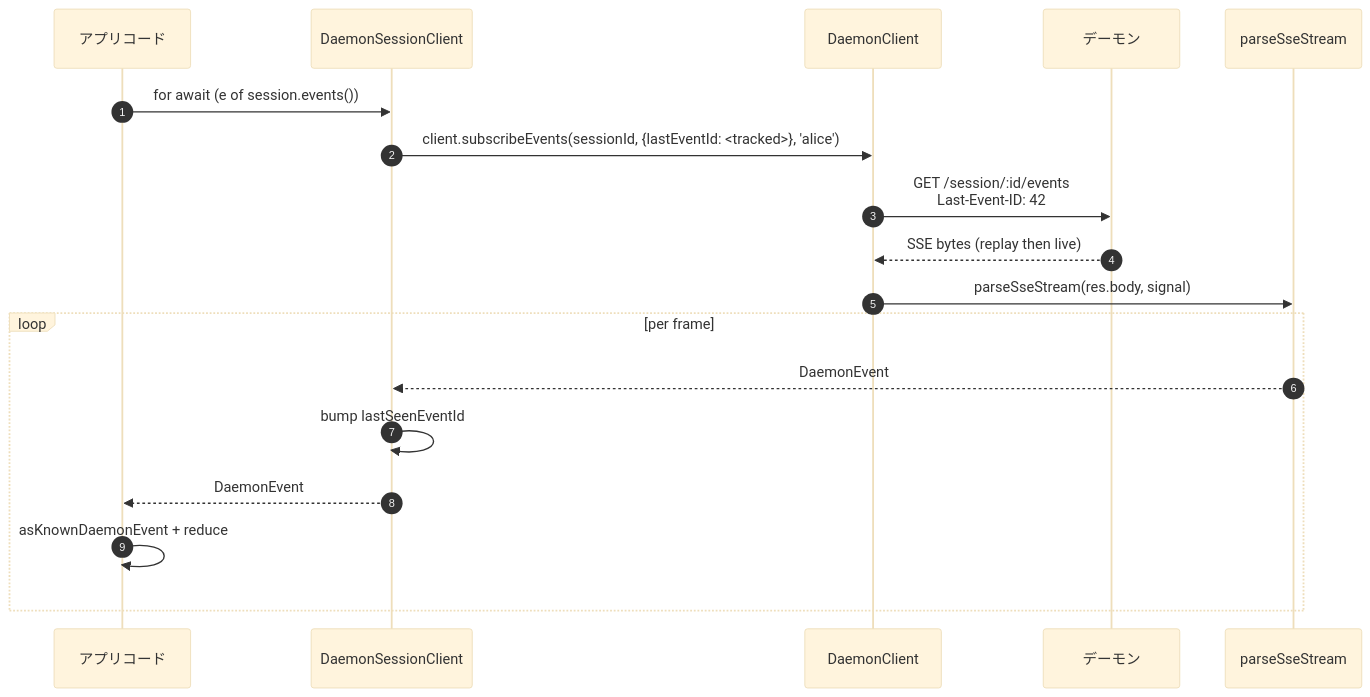
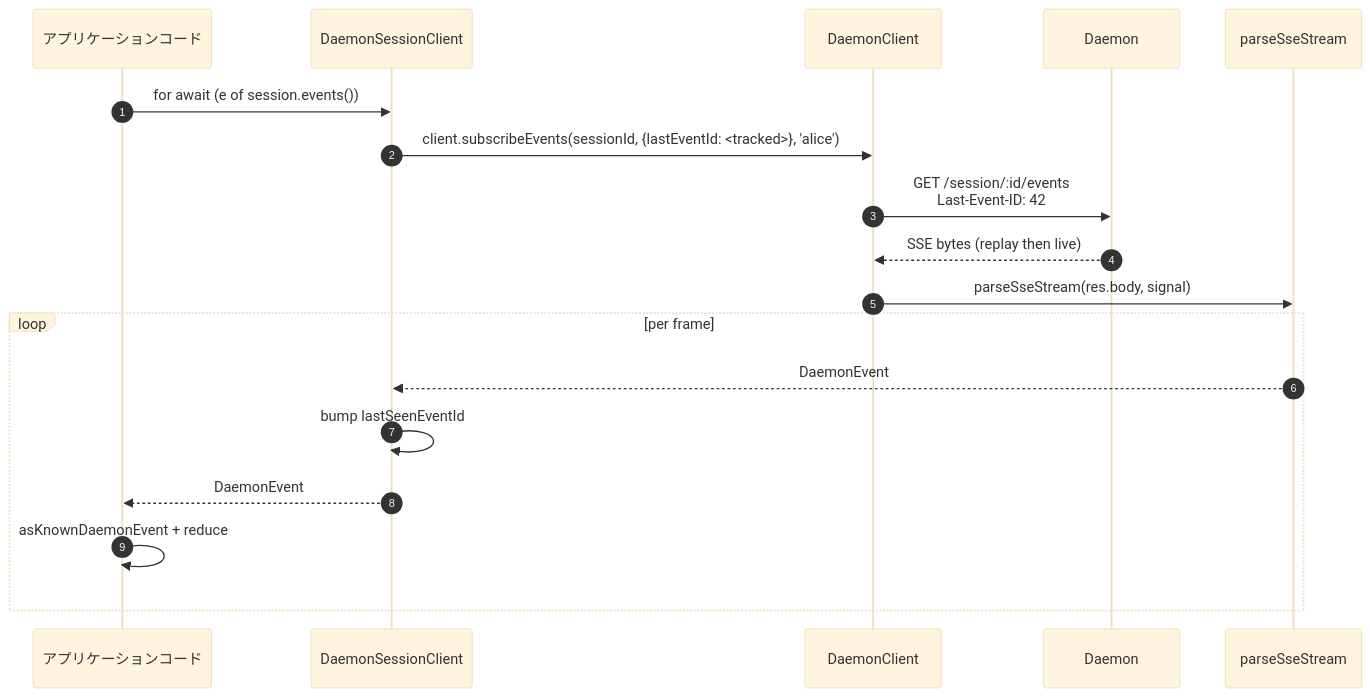
One commit to QwenLM/qwen-code-docs changed the second of 3 diagrams in website/content/ja/developers/daemon/13-sdk-daemon-client.md. Above: the diagram before and after it, drawn with Mermaid (base theme). The commit also changed other lines of this file and 128 other files, not shown here.

````diff
--- a/website/content/ja/developers/daemon/13-sdk-daemon-client.md
+++ b/website/content/ja/developers/daemon/13-sdk-daemon-client.md
@@ -157,21 +171,21 @@
 ```mermaid
 sequenceDiagram
     autonumber
-    participant App as アプリコード
+    participant App as アプリケーションコード
     participant SC as DaemonSessionClient
     participant DC as DaemonClient
-    participant D as デーモン
+    participant D as Daemon
     participant P as parseSseStream
 
     App->>SC: for await (e of session.events())
     SC->>DC: client.subscribeEvents(sessionId, {lastEventId: <tracked>}, 'alice')
     DC->>D: GET /session/:id/events<br/>Last-Event-ID: 42
     D-->>DC: SSE bytes (replay then live)
     DC->>P: parseSseStream(res.body, signal)
     loop per frame
         P-->>SC: DaemonEvent
         SC->>SC: bump lastSeenEventId
         SC-->>App: DaemonEvent
         App->>App: asKnownDaemonEvent + reduce
     end
 ```
````
